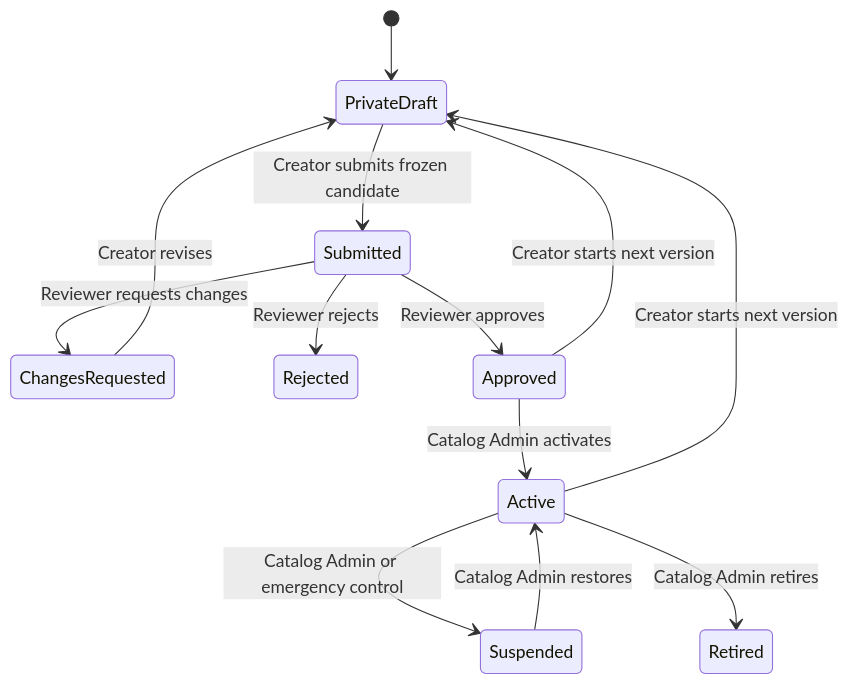
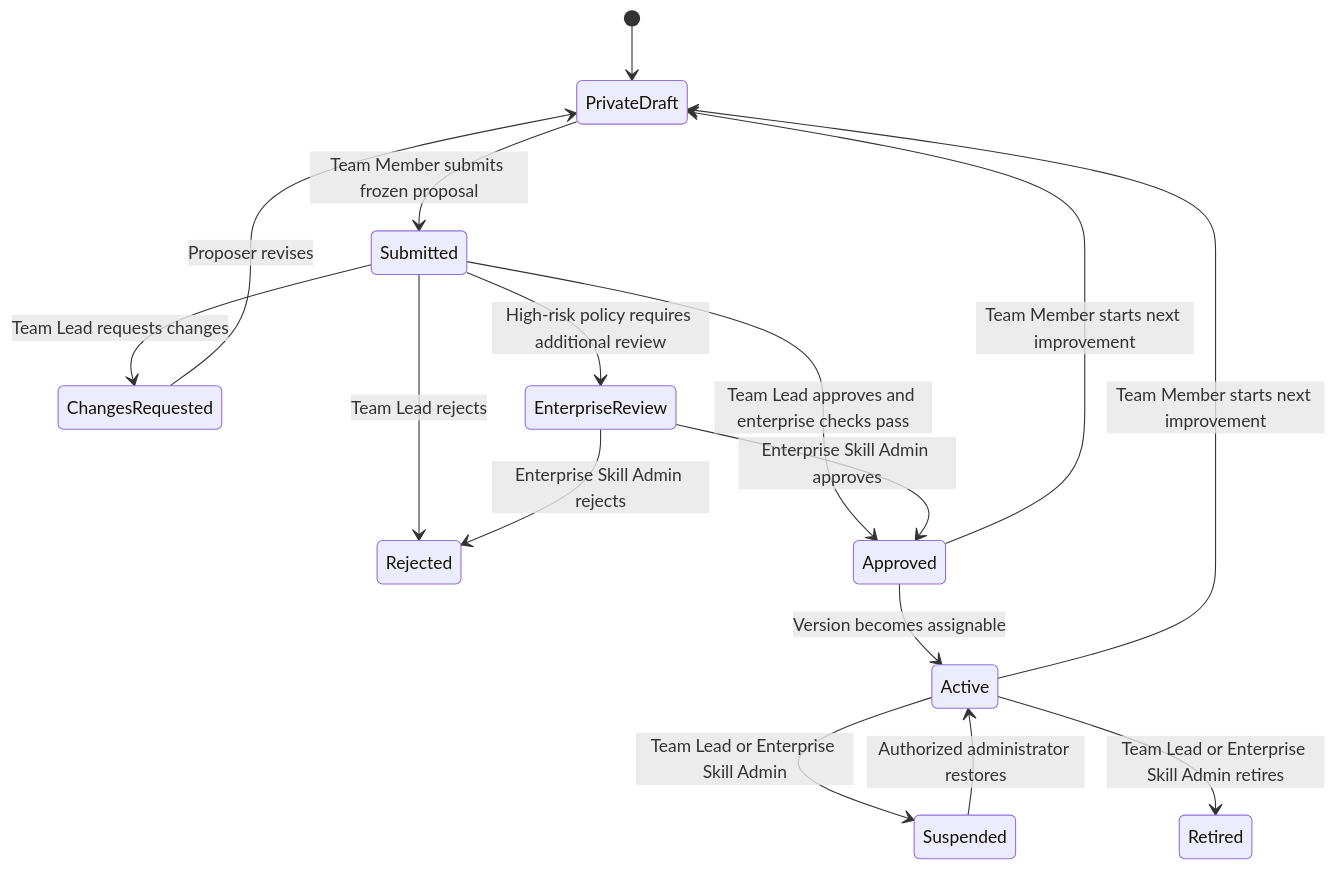
Before and after one commit to plc1220/HelpUDoc: the fourth of 6 diagrams in docs/unified-governance-and-role-model-spec.md, drawn with Mermaid. The commit also changed other lines of this file and 9 other files, not shown here.

Commit message:
feat(governance): align team permissions and workspace flows

````diff
--- a/docs/unified-governance-and-role-model-spec.md
+++ b/docs/unified-governance-and-role-model-spec.md
@@ -477,15 +553,18 @@
 ```mermaid
 stateDiagram-v2
     [*] --> PrivateDraft
-    PrivateDraft --> Submitted: Creator submits frozen candidate
-    Submitted --> ChangesRequested: Reviewer requests changes
-    ChangesRequested --> PrivateDraft: Creator revises
-    Submitted --> Rejected: Reviewer rejects
-    Submitted --> Approved: Reviewer approves
-    Approved --> Active: Catalog Admin activates
-    Active --> Suspended: Catalog Admin or emergency control
-    Suspended --> Active: Catalog Admin restores
-    Active --> Retired: Catalog Admin retires
-    Approved --> PrivateDraft: Creator starts next version
-    Active --> PrivateDraft: Creator starts next version
+    PrivateDraft --> Submitted: Team Member submits frozen proposal
+    Submitted --> ChangesRequested: Team Lead requests changes
+    ChangesRequested --> PrivateDraft: Proposer revises
+    Submitted --> Rejected: Team Lead rejects
+    Submitted --> Approved: Team Lead approves and enterprise checks pass
+    Submitted --> EnterpriseReview: High-risk policy requires additional review
+    EnterpriseReview --> Approved: Enterprise Skill Admin approves
+    EnterpriseReview --> Rejected: Enterprise Skill Admin rejects
+    Approved --> Active: Version becomes assignable
+    Active --> Suspended: Team Lead or Enterprise Skill Admin
+    Suspended --> Active: Authorized administrator restores
+    Active --> Retired: Team Lead or Enterprise Skill Admin retires
+    Approved --> PrivateDraft: Team Member starts next improvement
+    Active --> PrivateDraft: Team Member starts next improvement
 ```
````
